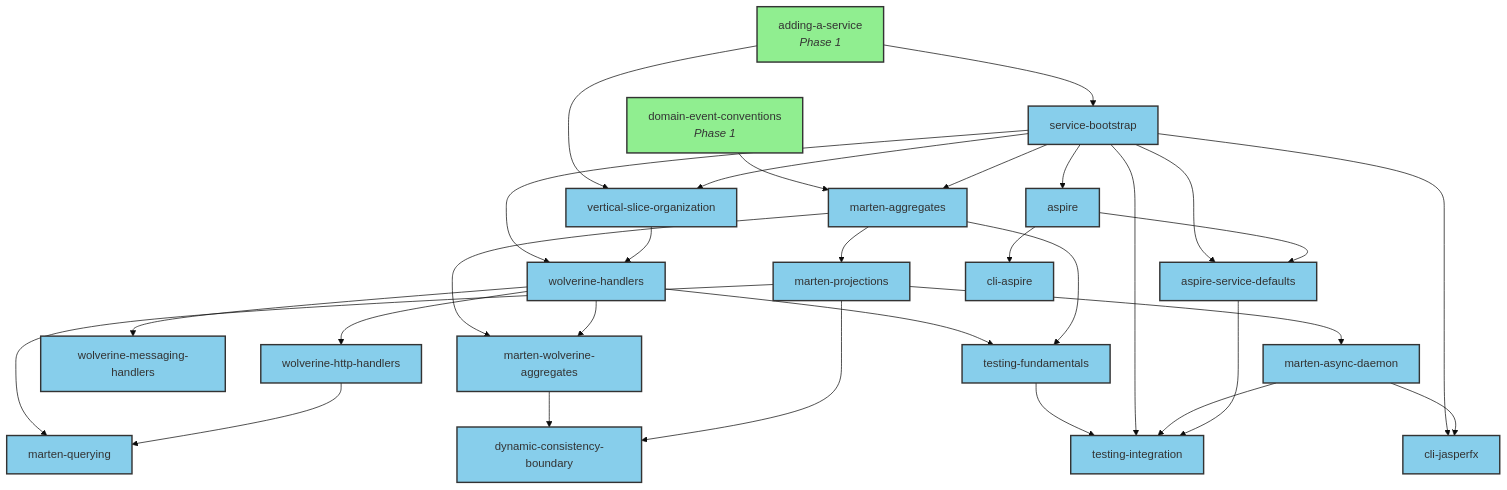
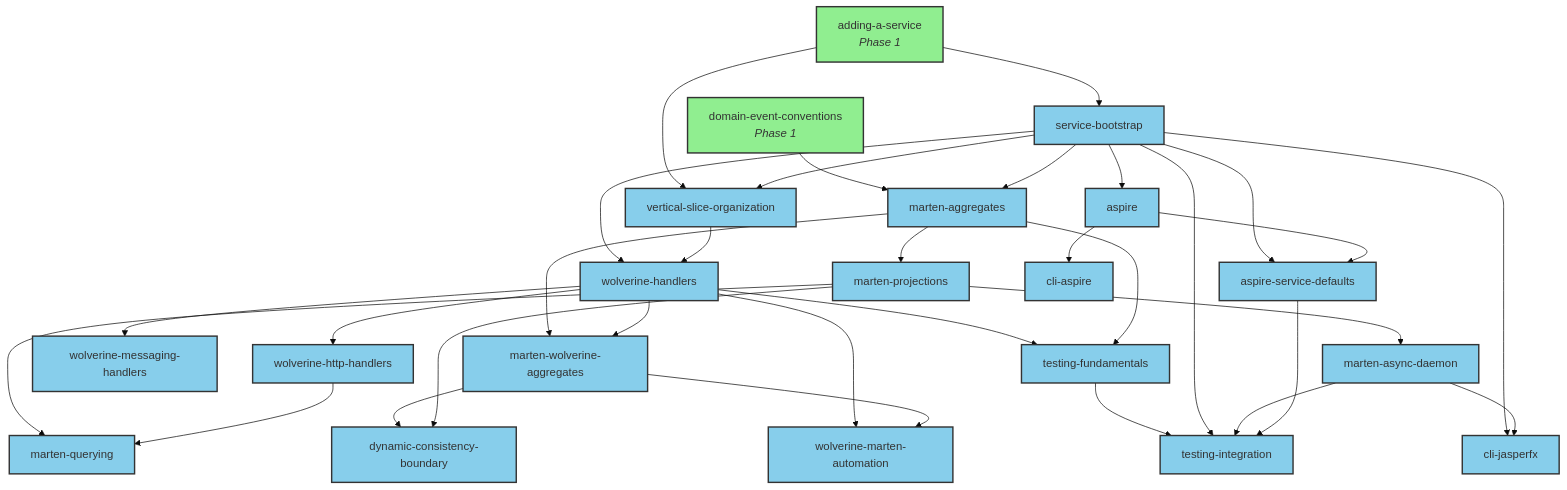
Before and after one commit to erikshafer/CritterCab: the second of 4 diagrams in docs/skills/README.md, drawn with Mermaid (base theme). The commit also changed other lines of this file and 6 other files, not shown here.

First line of the commit message:
tidy: skills — wolverine-marten-automation handler shape (#38)

````diff
--- a/docs/skills/README.md
+++ b/docs/skills/README.md
@@ -250,73 +251,79 @@
 ```mermaid
 graph TB
     %% Anchors from Phase 1
     AS[adding-a-service<br/><i>Phase 1</i>]
     DEC[domain-event-conventions<br/><i>Phase 1</i>]
 
     %% Service composition root
     SB[service-bootstrap]
     VSO[vertical-slice-organization]
 
     AS --> SB
     AS --> VSO
     SB --> VSO
 
     %% Wolverine handler family
     WH[wolverine-handlers]
     WHH[wolverine-http-handlers]
     WMH[wolverine-messaging-handlers]
 
     SB --> WH
     VSO --> WH
     WH --> WHH
     WH --> WMH
 
     %% Marten cluster
     MA[marten-aggregates]
     MWA[marten-wolverine-aggregates]
     MP[marten-projections]
     MQ[marten-querying]
     MAD[marten-async-daemon]
     DCB[dynamic-consistency-boundary]
 
     DEC --> MA
     SB --> MA
     MA --> MWA
     WH --> MWA
     MA --> MP
     MWA --> DCB
     MP --> DCB
     MP --> MQ
     MP --> MAD
     WHH --> MQ
 
+    %% Event-triggered automation (fourth handler-trigger shape)
+    WMA[wolverine-marten-automation]
+
+    WH --> WMA
+    MWA --> WMA
+
     %% Testing
     TF[testing-fundamentals]
     TI[testing-integration]
 
     WH --> TF
     MA --> TF
     TF --> TI
     SB --> TI
     MAD --> TI
 
     %% Infrastructure
     ASP[aspire]
     ASD[aspire-service-defaults]
     CLA[cli-aspire]
     CLJ[cli-jasperfx]
 
     SB --> ASP
     ASP --> CLA
     SB --> CLJ
     MAD --> CLJ
     SB --> ASD
     ASP --> ASD
     ASD --> TI
 
     classDef phase1 fill:#90ee90,stroke:#333,stroke-width:2px
     classDef phase2 fill:#87ceeb,stroke:#333,stroke-width:2px
 
     class AS,DEC phase1
-    class SB,VSO,WH,WHH,WMH,MA,MWA,MP,MQ,MAD,DCB,TF,TI,ASP,ASD,CLA,CLJ phase2
+    class SB,VSO,WH,WHH,WMH,MA,MWA,MP,MQ,MAD,DCB,TF,TI,ASP,ASD,CLA,CLJ,WMA phase2
 ```
````
